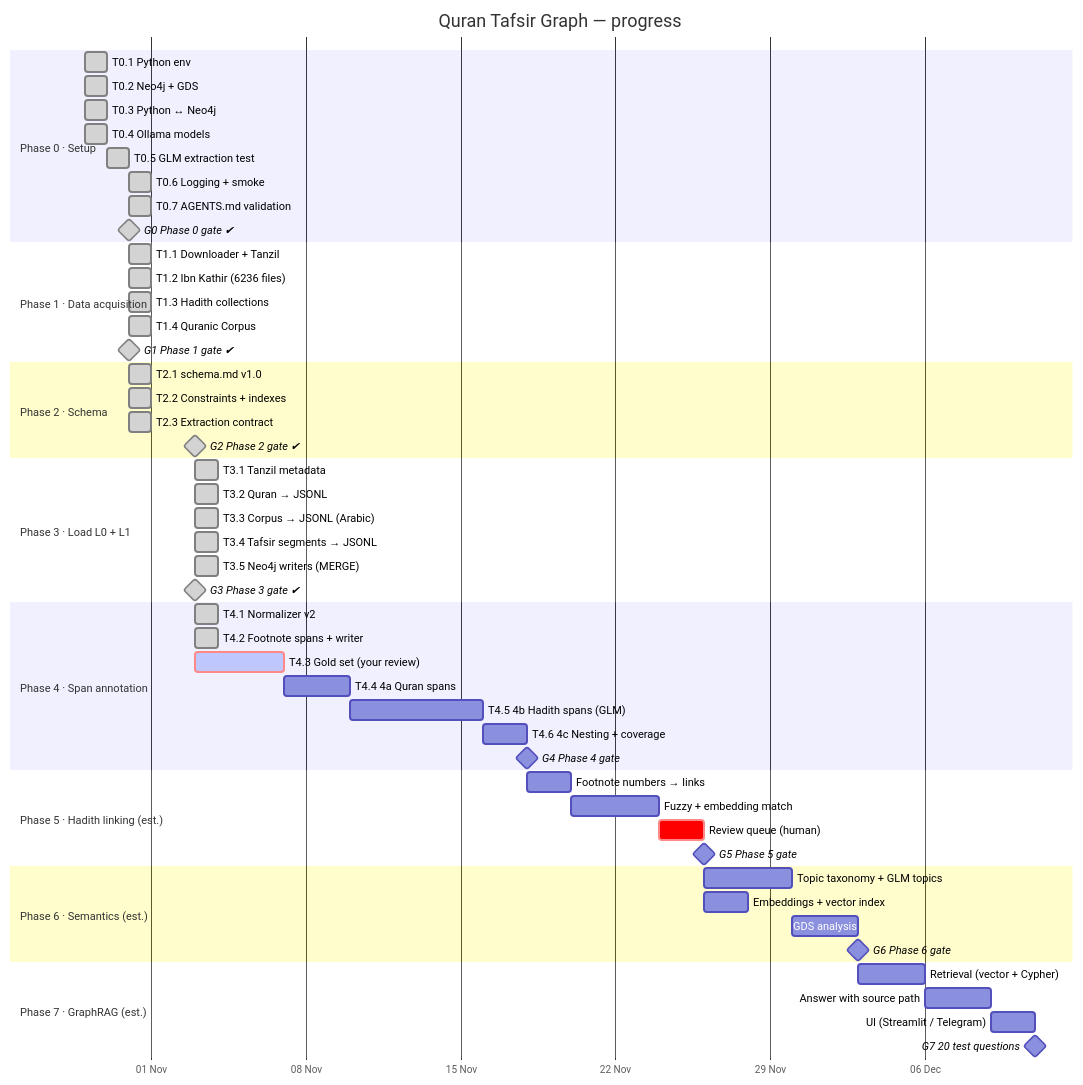
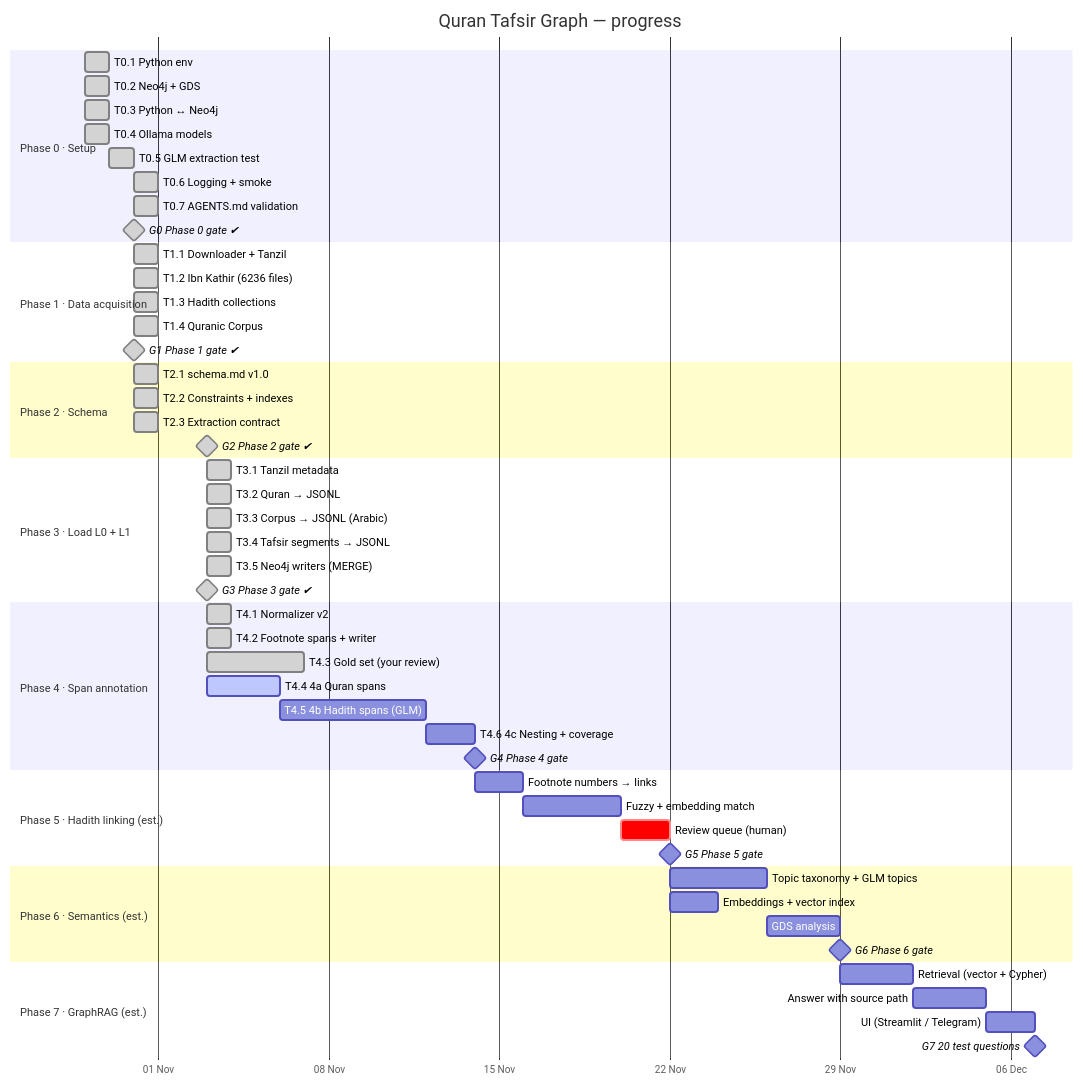
The diagram in docs/GANTT.md (mohamed-soubhi/quran-graph), drawn with Mermaid before and after one commit. The commit also changed other lines of this file and 2 other files, not shown here.

Commit message:
T4.3 done (approved); T4.4 ticket: 4a Quran spans and ayah links
Claude-Session: https://claude.ai/code/session_01HtCFgjMNEDCf4YewDqZRyf

````diff
--- a/docs/GANTT.md
+++ b/docs/GANTT.md
@@ -9,65 +9,65 @@
 ```mermaid
 gantt
     title Quran Tafsir Graph — progress
     dateFormat YYYY-MM-DD
     axisFormat %d %b
     todayMarker stroke-width:3px,stroke:#d33
 
     section Phase 0 · Setup
     T0.1 Python env                 :done, t01, 2026-10-29, 1d
     T0.2 Neo4j + GDS                :done, t02, 2026-10-29, 1d
     T0.3 Python ↔ Neo4j             :done, t03, 2026-10-29, 1d
     T0.4 Ollama models              :done, t04, 2026-10-29, 1d
     T0.5 GLM extraction test        :done, t05, 2026-10-30, 1d
     T0.6 Logging + smoke            :done, t06, 2026-10-31, 1d
     T0.7 AGENTS.md validation       :done, t07, 2026-10-31, 1d
     G0 Phase 0 gate ✔               :milestone, done, g0, 2026-10-31, 0d
 
     section Phase 1 · Data acquisition
     T1.1 Downloader + Tanzil        :done, t11, 2026-10-31, 1d
     T1.2 Ibn Kathir (6236 files)    :done, t12, 2026-10-31, 1d
     T1.3 Hadith collections         :done, t13, 2026-10-31, 1d
     T1.4 Quranic Corpus            :done, t14, 2026-10-31, 1d
     G1 Phase 1 gate ✔               :milestone, done, g1, 2026-10-31, 0d
 
     section Phase 2 · Schema
     T2.1 schema.md v1.0            :done, t21, 2026-10-31, 1d
     T2.2 Constraints + indexes      :done, t22, 2026-10-31, 1d
     T2.3 Extraction contract        :done, t23, 2026-10-31, 1d
     G2 Phase 2 gate ✔               :milestone, done, g2, 2026-11-03, 0d
 
     section Phase 3 · Load L0 + L1
     T3.1 Tanzil metadata            :done, t31, 2026-11-03, 1d
     T3.2 Quran → JSONL              :done, t32, 2026-11-03, 1d
     T3.3 Corpus → JSONL (Arabic)    :done, t33, 2026-11-03, 1d
     T3.4 Tafsir segments → JSONL    :done, t34, 2026-11-03, 1d
     T3.5 Neo4j writers (MERGE)      :done, p3b, 2026-11-03, 1d
     G3 Phase 3 gate ✔               :milestone, done, g3, 2026-11-03, 0d
 
     section Phase 4 · Span annotation
     T4.1 Normalizer v2              :done, t41, 2026-11-03, 1d
     T4.2 Footnote spans + writer    :done, t42, 2026-11-03, 1d
-    T4.3 Gold set (your review)     :crit, active, t43, 2026-11-03, 4d
-    T4.4 4a Quran spans             :t44, after t43, 3d
+    T4.3 Gold set (your review)     :done, t43, 2026-11-03, 4d
+    T4.4 4a Quran spans             :active, t44, 2026-11-03, 3d
     T4.5 4b Hadith spans (GLM)      :t45, after t44, 6d
     T4.6 4c Nesting + coverage      :p4c, after t45, 2d
     G4 Phase 4 gate                 :milestone, g4, after p4c, 0d
 
     section Phase 5 · Hadith linking (est.)
     Footnote numbers → links        :p5a, after g4, 2d
     Fuzzy + embedding match         :p5b, after p5a, 4d
     Review queue (human)            :crit, p5c, after p5b, 2d
     G5 Phase 5 gate                 :milestone, g5, after p5c, 0d
 
     section Phase 6 · Semantics (est.)
     Topic taxonomy + GLM topics     :p6a, after g5, 4d
     Embeddings + vector index       :p6b, after g5, 2d
     GDS analysis                    :p6c, after p6a, 3d
     G6 Phase 6 gate                 :milestone, g6, after p6c, 0d
 
     section Phase 7 · GraphRAG (est.)
     Retrieval (vector + Cypher)     :p7a, after g6, 3d
     Answer with source path         :p7b, after p7a, 3d
     UI (Streamlit / Telegram)       :p7c, after p7b, 2d
     G7 20 test questions            :milestone, g7, after p7c, 0d
 ```
````
